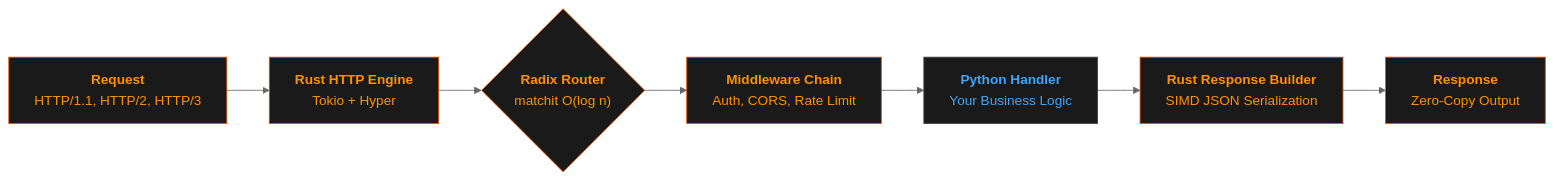
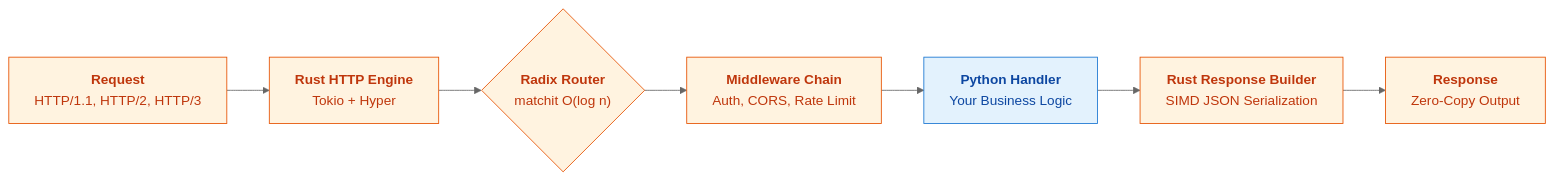
The diagram in docs/index.md (jagadeesh32/cello), drawn with Mermaid (neutral theme) before and after one commit. The commit also changed other lines of this file and 22 other files, not shown here.

````diff
--- a/docs/index.md
+++ b/docs/index.md
@@ -241,17 +241,17 @@
 ```mermaid
 graph LR
     A["<b>Request</b><br/>HTTP/1.1, HTTP/2, HTTP/3"] --> B["<b>Rust HTTP Engine</b><br/>Tokio + Hyper"]
     B --> C{"<b>Radix Router</b><br/>matchit O(log n)"}
     C --> D["<b>Middleware Chain</b><br/>Auth, CORS, Rate Limit"]
     D --> E["<b>Python Handler</b><br/>Your Business Logic"]
     E --> F["<b>Rust Response Builder</b><br/>SIMD JSON Serialization"]
     F --> G["<b>Response</b><br/>Zero-Copy Output"]
 
-    style A fill:#1A1A1A,stroke:#E65100,color:#FF9100
-    style B fill:#1A1A1A,stroke:#E65100,color:#FF9100
-    style C fill:#1A1A1A,stroke:#E65100,color:#FF9100
-    style D fill:#1A1A1A,stroke:#E65100,color:#FF9100
-    style E fill:#1A1A1A,stroke:#424242,color:#42a5f5
-    style F fill:#1A1A1A,stroke:#E65100,color:#FF9100
-    style G fill:#1A1A1A,stroke:#E65100,color:#FF9100
+    style A fill:#FFF3E0,stroke:#E65100,color:#BF360C
+    style B fill:#FFF3E0,stroke:#E65100,color:#BF360C
+    style C fill:#FFF3E0,stroke:#E65100,color:#BF360C
+    style D fill:#FFF3E0,stroke:#E65100,color:#BF360C
+    style E fill:#E3F2FD,stroke:#1976D2,color:#0D47A1
+    style F fill:#FFF3E0,stroke:#E65100,color:#BF360C
+    style G fill:#FFF3E0,stroke:#E65100,color:#BF360C
 ```
````
